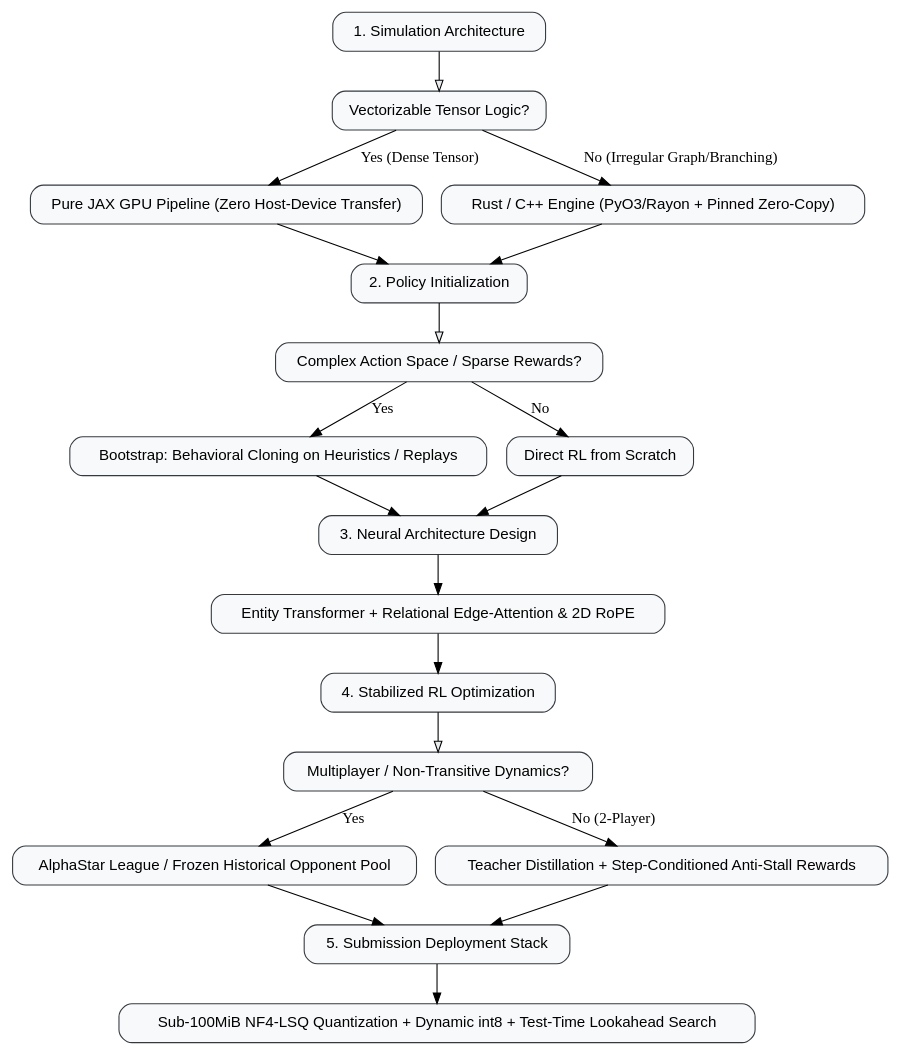
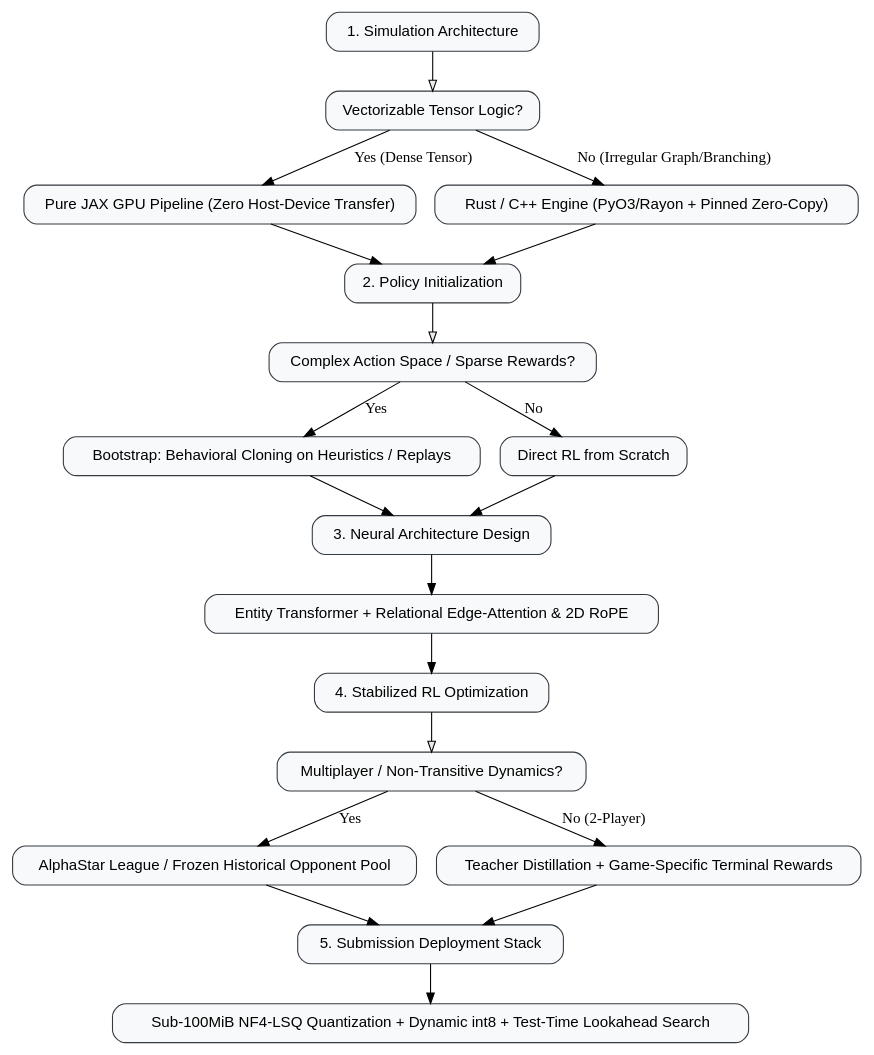
Before and after one commit to kei-kochiya/kaggle-skills: the diagram in .agent/skills/kaggle-rl-simulation/SKILL.md, drawn with Graphviz. The commit also changed other lines of this file and 5 other files, not shown here.

````diff
--- a/.agent/skills/kaggle-rl-simulation/SKILL.md
+++ b/.agent/skills/kaggle-rl-simulation/SKILL.md
@@ -14,29 +18,29 @@
 ```dot
 digraph rl_pipeline {
     rankdir=TD;
     node [shape=box, style="rounded,filled", fillcolor="#f8f9fa", color="#343a40", fontname="Helvetica"];
     
     "1. Simulation Architecture" -> "Vectorizable Tensor Logic?" [shape=diamond, fillcolor="#e9ecef"];
     "Vectorizable Tensor Logic?" -> "Pure JAX GPU Pipeline (Zero Host-Device Transfer)" [label="Yes (Dense Tensor)"];
     "Vectorizable Tensor Logic?" -> "Rust / C++ Engine (PyO3/Rayon + Pinned Zero-Copy)" [label="No (Irregular Graph/Branching)"];
     "Pure JAX GPU Pipeline (Zero Host-Device Transfer)" -> "2. Policy Initialization";
     "Rust / C++ Engine (PyO3/Rayon + Pinned Zero-Copy)" -> "2. Policy Initialization";
     
     "2. Policy Initialization" -> "Complex Action Space / Sparse Rewards?" [shape=diamond, fillcolor="#e9ecef"];
     "Complex Action Space / Sparse Rewards?" -> "Bootstrap: Behavioral Cloning on Heuristics / Replays" [label="Yes"];
     "Complex Action Space / Sparse Rewards?" -> "Direct RL from Scratch" [label="No"];
     "Bootstrap: Behavioral Cloning on Heuristics / Replays" -> "3. Neural Architecture Design";
     "Direct RL from Scratch" -> "3. Neural Architecture Design";
     
     "3. Neural Architecture Design" -> "Entity Transformer + Relational Edge-Attention & 2D RoPE";
     "Entity Transformer + Relational Edge-Attention & 2D RoPE" -> "4. Stabilized RL Optimization";
     
     "4. Stabilized RL Optimization" -> "Multiplayer / Non-Transitive Dynamics?" [shape=diamond, fillcolor="#e9ecef"];
     "Multiplayer / Non-Transitive Dynamics?" -> "AlphaStar League / Frozen Historical Opponent Pool" [label="Yes"];
-    "Multiplayer / Non-Transitive Dynamics?" -> "Teacher Distillation + Step-Conditioned Anti-Stall Rewards" [label="No (2-Player)"];
+    "Multiplayer / Non-Transitive Dynamics?" -> "Teacher Distillation + Game-Specific Terminal Rewards" [label="No (2-Player)"];
     "AlphaStar League / Frozen Historical Opponent Pool" -> "5. Submission Deployment Stack";
-    "Teacher Distillation + Step-Conditioned Anti-Stall Rewards" -> "5. Submission Deployment Stack";
+    "Teacher Distillation + Game-Specific Terminal Rewards" -> "5. Submission Deployment Stack";
     
     "5. Submission Deployment Stack" -> "Sub-100MiB NF4-LSQ Quantization + Dynamic int8 + Test-Time Lookahead Search";
 }
 ```
````
